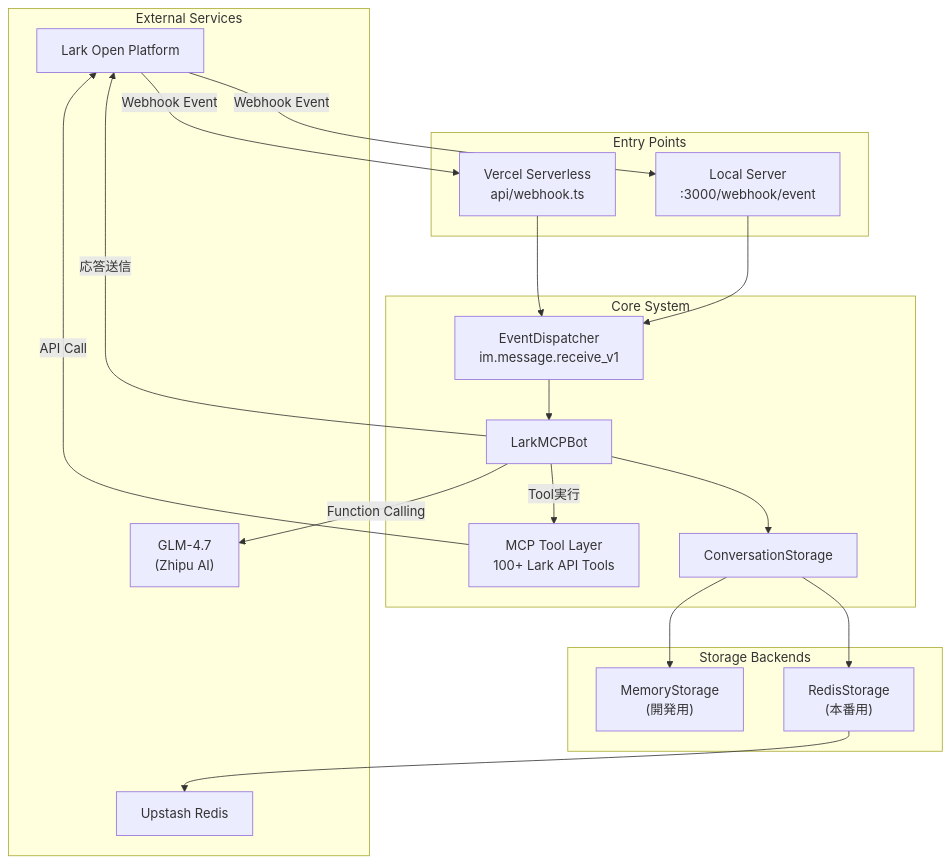
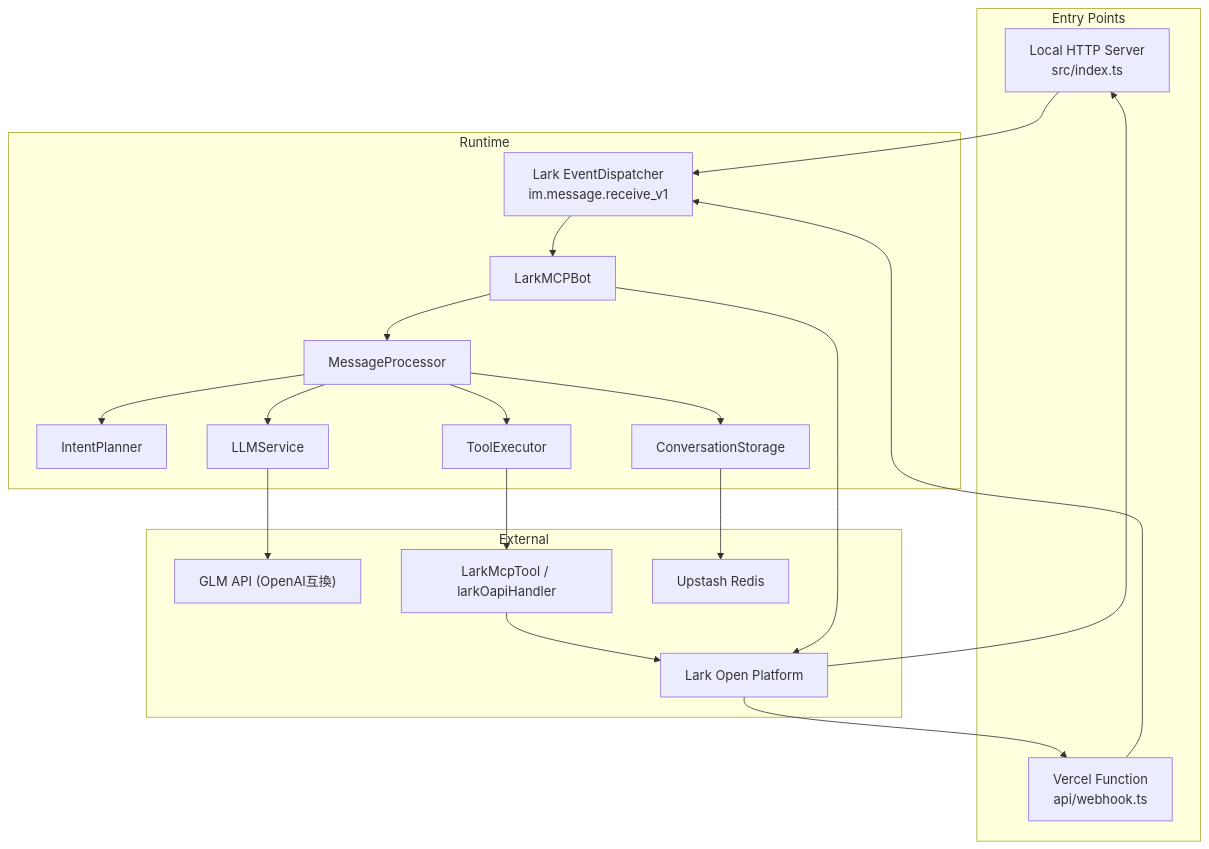
One commit to shoma-endo/lark-mcp-bot changed the first of 2 diagrams in README.md. Above: the diagram before and after it, drawn with Mermaid. The commit also changed other lines of this file, not shown here.

Commit message:
docs: refresh README architecture to match current implementation

````diff
--- a/README.md
+++ b/README.md
@@ -30,39 +32,40 @@
 ```mermaid
 graph TB
-    subgraph "External Services"
+    subgraph "Entry Points"
+        Local["Local HTTP Server<br/>src/index.ts"]
+        Vercel["Vercel Function<br/>api/webhook.ts"]
+    end
+
+    subgraph "Runtime"
+        Dispatcher["Lark EventDispatcher<br/>im.message.receive_v1"]
+        Bot["LarkMCPBot"]
+        Processor["MessageProcessor"]
+        Planner["IntentPlanner"]
+        LLM["LLMService"]
+        Exec["ToolExecutor"]
+        Storage["ConversationStorage"]
+    end
+
+    subgraph "External"
         LarkAPI["Lark Open Platform"]
-        GLM["GLM-4.7<br/>(Zhipu AI)"]
+        GLM["GLM API (OpenAI互換)"]
+        MCP["LarkMcpTool / larkOapiHandler"]
         Redis["Upstash Redis"]
     end
 
-    subgraph "Entry Points"
-        Local["Local Server<br/>:3000/webhook/event"]
-        Vercel["Vercel Serverless<br/>api/webhook.ts"]
-    end
-
-    subgraph "Core System"
-        ED["EventDispatcher<br/>im.message.receive_v1"]
-        Bot["LarkMCPBot"]
-        MCP["MCP Tool Layer<br/>100+ Lark API Tools"]
-        Storage["ConversationStorage"]
-    end
-
-    subgraph "Storage Backends"
-        Mem["MemoryStorage<br/>(開発用)"]
-        RedisStore["RedisStorage<br/>(本番用)"]
-    end
-
-    LarkAPI -- "Webhook Event" --> Local
-    LarkAPI -- "Webhook Event" --> Vercel
-    Local --> ED
-    Vercel --> ED
-    ED --> Bot
-    Bot -- "Function Calling" --> GLM
-    Bot -- "Tool実行" --> MCP
-    MCP -- "API Call" --> LarkAPI
-    Bot --> Storage
-    Storage --> Mem
-    Storage --> RedisStore
-    RedisStore --> Redis
-    Bot -- "応答送信" --> LarkAPI
+    LarkAPI --> Local
+    LarkAPI --> Vercel
+    Local --> Dispatcher
+    Vercel --> Dispatcher
+    Dispatcher --> Bot
+    Bot --> Processor
+    Processor --> Planner
+    Processor --> LLM
+    Processor --> Exec
+    Exec --> MCP
+    MCP --> LarkAPI
+    Processor --> Storage
+    Storage --> Redis
+    LLM --> GLM
+    Bot --> LarkAPI
 ```
````
